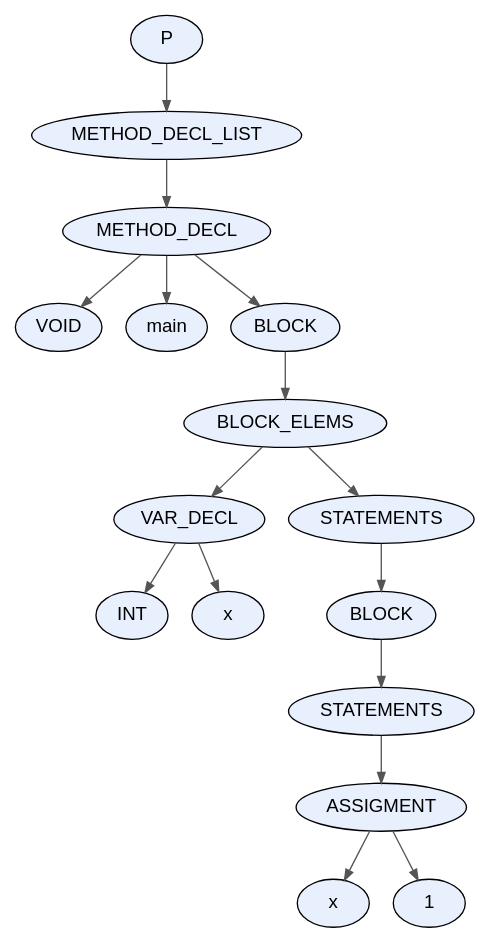
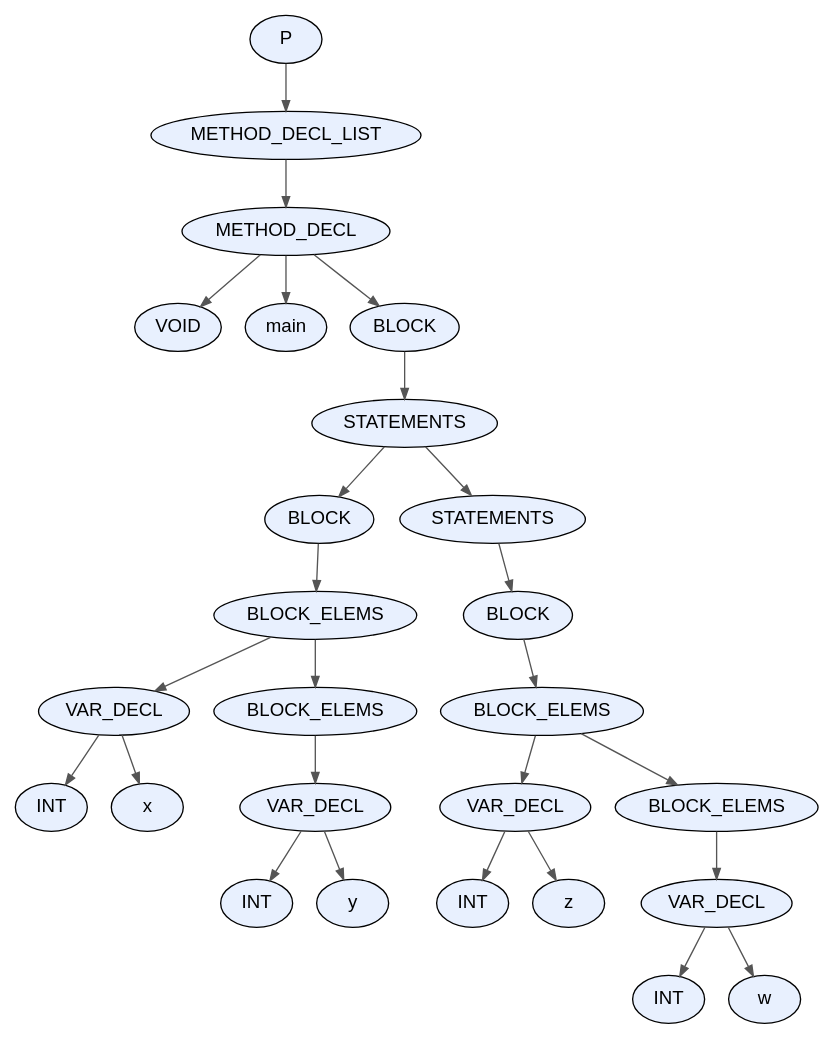
One commit to facundo-dario-loser/TDS2026 changed the diagram in proyecto/dot_files/test1.dot. Above: the diagram before and after it, drawn with Graphviz. The commit also changed 23 other files, not shown here.

```diff
--- a/proyecto/dot_files/test1.dot
+++ b/proyecto/dot_files/test1.dot
@@ -1,35 +1,55 @@
 digraph AST {
   node [fontname="Arial"];
   edge [arrowsize=0.8, color="#555555"];
-  "node_0x55aa39d23d10" [label="P", style=filled, fillcolor="#E8F0FE", shape=ellipse, style="rounded,filled"];
-  "node_0x55aa39d23d10" -> "node_0x55aa39d23cc0";
-  "node_0x55aa39d23cc0" [label="METHOD_DECL_LIST", style=filled, fillcolor="#E8F0FE", shape=ellipse, style="rounded,filled"];
-  "node_0x55aa39d23cc0" -> "node_0x55aa39d23c70";
-  "node_0x55aa39d23c70" [label="METHOD_DECL", style=filled, fillcolor="#E8F0FE", shape=ellipse, style="rounded,filled"];
-  "node_0x55aa39d23c70" -> "node_0x55aa39d23bb0";
-  "node_0x55aa39d23bb0" [label="VOID", style=filled, fillcolor="#E8F0FE", shape=ellipse, style="rounded,filled"];
-  "node_0x55aa39d23c70" -> "node_0x55aa39d23c00";
-  "node_0x55aa39d23c00" [label="main", style=filled, fillcolor="#E8F0FE", shape=ellipse, style="rounded,filled"];
-  "node_0x55aa39d23c70" -> "node_0x55aa39d23b60";
-  "node_0x55aa39d23b60" [label="BLOCK", style=filled, fillcolor="#E8F0FE", shape=ellipse, style="rounded,filled"];
-  "node_0x55aa39d23b60" -> "node_0x55aa39d23b10";
-  "node_0x55aa39d23b10" [label="BLOCK_ELEMS", style=filled, fillcolor="#E8F0FE", shape=ellipse, style="rounded,filled"];
-  "node_0x55aa39d23b10" -> "node_0x55aa39d23630";
-  "node_0x55aa39d23630" [label="VAR_DECL", style=filled, fillcolor="#E8F0FE", shape=ellipse, style="rounded,filled"];
-  "node_0x55aa39d23630" -> "node_0x55aa39d23550";
-  "node_0x55aa39d23550" [label="INT", style=filled, fillcolor="#E8F0FE", shape=ellipse, style="rounded,filled"];
-  "node_0x55aa39d23630" -> "node_0x55aa39d235c0";
-  "node_0x55aa39d235c0" [label="x", style=filled, fillcolor="#E8F0FE", shape=ellipse, style="rounded,filled"];
-  "node_0x55aa39d23b10" -> "node_0x55aa39d23ac0";
-  "node_0x55aa39d23ac0" [label="STATEMENTS", style=filled, fillcolor="#E8F0FE", shape=ellipse, style="rounded,filled"];
-  "node_0x55aa39d23ac0" -> "node_0x55aa39d23850";
-  "node_0x55aa39d23850" [label="BLOCK", style=filled, fillcolor="#E8F0FE", shape=ellipse, style="rounded,filled"];
-  "node_0x55aa39d23850" -> "node_0x55aa39d23800";
-  "node_0x55aa39d23800" [label="STATEMENTS", style=filled, fillcolor="#E8F0FE", shape=ellipse, style="rounded,filled"];
-  "node_0x55aa39d23800" -> "node_0x55aa39d237b0";
-  "node_0x55aa39d237b0" [label="ASSIGMENT", style=filled, fillcolor="#E8F0FE", shape=ellipse, style="rounded,filled"];
-  "node_0x55aa39d237b0" -> "node_0x55aa39d23740";
-  "node_0x55aa39d23740" [label="x", style=filled, fillcolor="#E8F0FE", shape=ellipse, style="rounded,filled"];
-  "node_0x55aa39d237b0" -> "node_0x55aa39d236f0";
-  "node_0x55aa39d236f0" [label="1", style=filled, fillcolor="#E8F0FE", shape=ellipse, style="rounded,filled"];
+  "node_0x593354f08e40" [label="P", style=filled, fillcolor="#E8F0FE", shape=ellipse, style="rounded,filled"];
+  "node_0x593354f08e40" -> "node_0x593354f08df0";
+  "node_0x593354f08df0" [label="METHOD_DECL_LIST", style=filled, fillcolor="#E8F0FE", shape=ellipse, style="rounded,filled"];
+  "node_0x593354f08df0" -> "node_0x593354f08da0";
+  "node_0x593354f08da0" [label="METHOD_DECL", style=filled, fillcolor="#E8F0FE", shape=ellipse, style="rounded,filled"];
+  "node_0x593354f08da0" -> "node_0x593354f08ce0";
+  "node_0x593354f08ce0" [label="VOID", style=filled, fillcolor="#E8F0FE", shape=ellipse, style="rounded,filled"];
+  "node_0x593354f08da0" -> "node_0x593354f08d30";
+  "node_0x593354f08d30" [label="main", style=filled, fillcolor="#E8F0FE", shape=ellipse, style="rounded,filled"];
+  "node_0x593354f08da0" -> "node_0x593354f08c90";
+  "node_0x593354f08c90" [label="BLOCK", style=filled, fillcolor="#E8F0FE", shape=ellipse, style="rounded,filled"];
+  "node_0x593354f08c90" -> "node_0x593354f08c40";
+  "node_0x593354f08c40" [label="STATEMENTS", style=filled, fillcolor="#E8F0FE", shape=ellipse, style="rounded,filled"];
+  "node_0x593354f08c40" -> "node_0x593354f08850";
+  "node_0x593354f08850" [label="BLOCK", style=filled, fillcolor="#E8F0FE", shape=ellipse, style="rounded,filled"];
+  "node_0x593354f08850" -> "node_0x593354f08800";
+  "node_0x593354f08800" [label="BLOCK_ELEMS", style=filled, fillcolor="#E8F0FE", shape=ellipse, style="rounded,filled"];
+  "node_0x593354f08800" -> "node_0x593354f08630";
+  "node_0x593354f08630" [label="VAR_DECL", style=filled, fillcolor="#E8F0FE", shape=ellipse, style="rounded,filled"];
+  "node_0x593354f08630" -> "node_0x593354f08550";
+  "node_0x593354f08550" [label="INT", style=filled, fillcolor="#E8F0FE", shape=ellipse, style="rounded,filled"];
+  "node_0x593354f08630" -> "node_0x593354f085c0";
+  "node_0x593354f085c0" [label="x", style=filled, fillcolor="#E8F0FE", shape=ellipse, style="rounded,filled"];
+  "node_0x593354f08800" -> "node_0x593354f087b0";
+  "node_0x593354f087b0" [label="BLOCK_ELEMS", style=filled, fillcolor="#E8F0FE", shape=ellipse, style="rounded,filled"];
+  "node_0x593354f087b0" -> "node_0x593354f08760";
+  "node_0x593354f08760" [label="VAR_DECL", style=filled, fillcolor="#E8F0FE", shape=ellipse, style="rounded,filled"];
+  "node_0x593354f08760" -> "node_0x593354f08680";
+  "node_0x593354f08680" [label="INT", style=filled, fillcolor="#E8F0FE", shape=ellipse, style="rounded,filled"];
+  "node_0x593354f08760" -> "node_0x593354f086f0";
+  "node_0x593354f086f0" [label="y", style=filled, fillcolor="#E8F0FE", shape=ellipse, style="rounded,filled"];
+  "node_0x593354f08c40" -> "node_0x593354f08bf0";
+  "node_0x593354f08bf0" [label="STATEMENTS", style=filled, fillcolor="#E8F0FE", shape=ellipse, style="rounded,filled"];
+  "node_0x593354f08bf0" -> "node_0x593354f08ba0";
+  "node_0x593354f08ba0" [label="BLOCK", style=filled, fillcolor="#E8F0FE", shape=ellipse, style="rounded,filled"];
+  "node_0x593354f08ba0" -> "node_0x593354f08b50";
+  "node_0x593354f08b50" [label="BLOCK_ELEMS", style=filled, fillcolor="#E8F0FE", shape=ellipse, style="rounded,filled"];
+  "node_0x593354f08b50" -> "node_0x593354f08980";
+  "node_0x593354f08980" [label="VAR_DECL", style=filled, fillcolor="#E8F0FE", shape=ellipse, style="rounded,filled"];
+  "node_0x593354f08980" -> "node_0x593354f088a0";
+  "node_0x593354f088a0" [label="INT", style=filled, fillcolor="#E8F0FE", shape=ellipse, style="rounded,filled"];
+  "node_0x593354f08980" -> "node_0x593354f08910";
+  "node_0x593354f08910" [label="z", style=filled, fillcolor="#E8F0FE", shape=ellipse, style="rounded,filled"];
+  "node_0x593354f08b50" -> "node_0x593354f08b00";
+  "node_0x593354f08b00" [label="BLOCK_ELEMS", style=filled, fillcolor="#E8F0FE", shape=ellipse, style="rounded,filled"];
+  "node_0x593354f08b00" -> "node_0x593354f08ab0";
+  "node_0x593354f08ab0" [label="VAR_DECL", style=filled, fillcolor="#E8F0FE", shape=ellipse, style="rounded,filled"];
+  "node_0x593354f08ab0" -> "node_0x593354f089d0";
+  "node_0x593354f089d0" [label="INT", style=filled, fillcolor="#E8F0FE", shape=ellipse, style="rounded,filled"];
+  "node_0x593354f08ab0" -> "node_0x593354f08a40";
+  "node_0x593354f08a40" [label="w", style=filled, fillcolor="#E8F0FE", shape=ellipse, style="rounded,filled"];
 }
```
